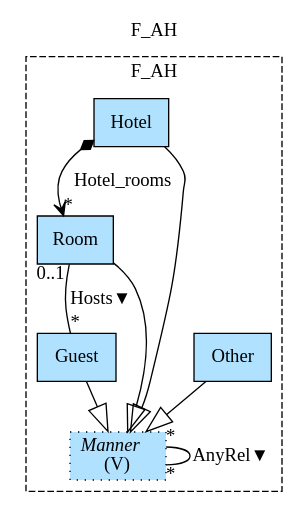
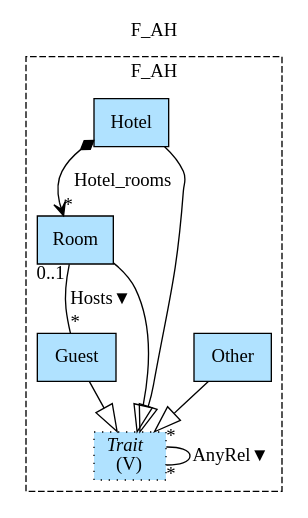
One commit to namalio/Fragmenta changed the diagram in Haskell/FragmentaTests/PetsWorld/img/F_AH.gv. Above: the diagram before and after it, drawn with Graphviz. The commit also changed 161 other files, not shown here.

```diff
--- a/Haskell/FragmentaTests/PetsWorld/img/F_AH.gv
+++ b/Haskell/FragmentaTests/PetsWorld/img/F_AH.gv
@@ -1,18 +1,18 @@
 digraph {graph[label=F_AH,labelloc=tl,labelfontsize=12];
 subgraph cluster_F_AH{style=dashed;label=F_AH;
 "Guest"[shape=record,fillcolor=lightskyblue1,style = filled,label="Guest"];
 "Other"[shape=record,fillcolor=lightskyblue1,style = filled,label="Other"];
 "Room"[shape=record,fillcolor=lightskyblue1,style = filled,label="Room"];
 "Hotel"[shape=record,fillcolor=lightskyblue1,style = filled,label="Hotel"];
-"Manner"[shape=record,fillcolor=lightskyblue1,style ="filled,dotted",label=<{<I>Manner</I><br/>(V)}>];
+"Trait"[shape=record,fillcolor=lightskyblue1,style ="filled,dotted",label=<{<I>Trait</I><br/>(V)}>];
 
 "Room"->"Guest"[label="Hosts▼",dir=none,taillabel="0..1",headlabel="*"];
 "Hotel"->"Room"[label="Hotel_rooms",arrowhead=vee,arrowtail=diamond,dir=both,headlabel="*"];
-"Manner"->"Manner"[label="AnyRel▼",dir=none,taillabel="*",headlabel="*"];
-"Room"->"Manner"[arrowhead=onormal,arrowsize=2.0];
-"Hotel"->"Manner"[arrowhead=onormal,arrowsize=2.0];
-"Guest"->"Manner"[arrowhead=onormal,arrowsize=2.0];
-"Other"->"Manner"[arrowhead=onormal,arrowsize=2.0];
+"Trait"->"Trait"[label="AnyRel▼",dir=none,taillabel="*",headlabel="*"];
+"Room"->"Trait"[arrowhead=onormal,arrowsize=2.0];
+"Hotel"->"Trait"[arrowhead=onormal,arrowsize=2.0];
+"Guest"->"Trait"[arrowhead=onormal,arrowsize=2.0];
+"Other"->"Trait"[arrowhead=onormal,arrowsize=2.0];
 
 }
 }
```
